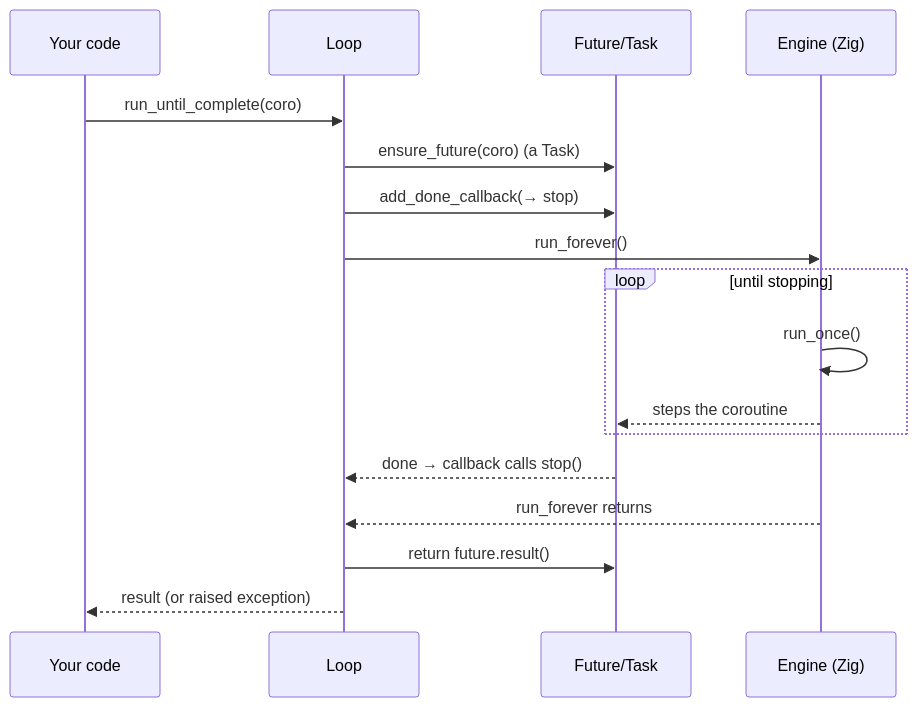
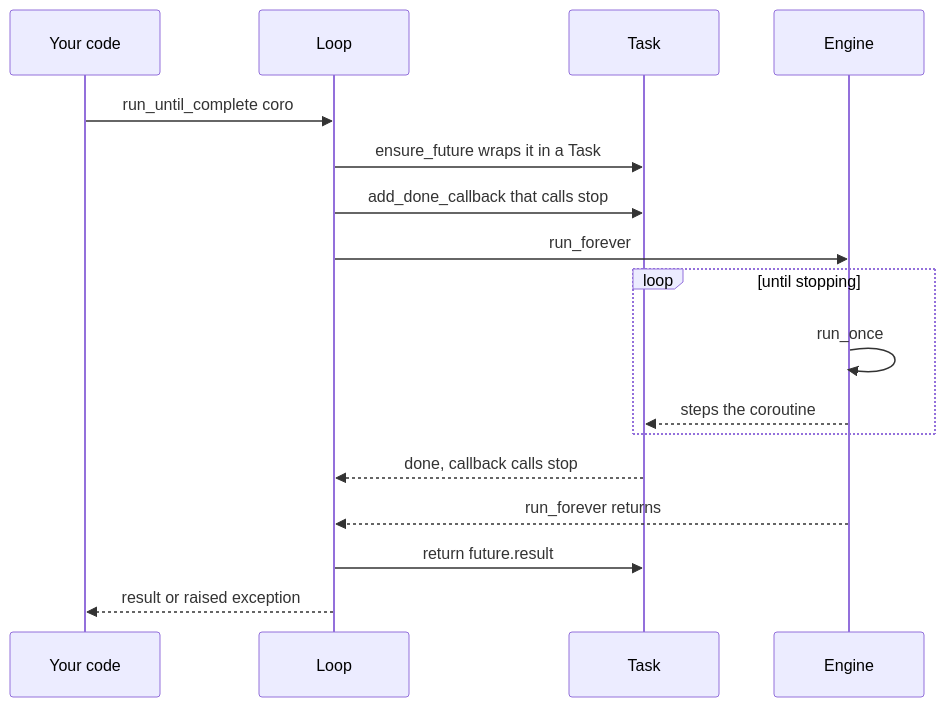
Before and after one commit to Kludex/zloop: the second of 2 diagrams in docs/architecture/lifecycle.md, drawn with Mermaid. The commit also changed other lines of this file and 15 other files, not shown here.

First line of the commit message:
Docs: fix mermaid rendering, drop hardcoded fills, em-dashes, update perf

````diff
--- a/docs/architecture/lifecycle.md
+++ b/docs/architecture/lifecycle.md
@@ -38,20 +38,20 @@
 ```mermaid
 sequenceDiagram
     participant U as Your code
     participant L as Loop
-    participant F as Future/Task
-    participant E as Engine (Zig)
+    participant F as Task
+    participant E as Engine
 
-    U->>L: run_until_complete(coro)
-    L->>F: ensure_future(coro)  (a Task)
-    L->>F: add_done_callback(→ stop)
-    L->>E: run_forever()
+    U->>L: run_until_complete coro
+    L->>F: ensure_future wraps it in a Task
+    L->>F: add_done_callback that calls stop
+    L->>E: run_forever
     loop until stopping
-        E->>E: run_once()
+        E->>E: run_once
         E-->>F: steps the coroutine
     end
-    F-->>L: done → callback calls stop()
+    F-->>L: done, callback calls stop
     E-->>L: run_forever returns
-    L->>F: return future.result()
-    L-->>U: result (or raised exception)
+    L->>F: return future.result
+    L-->>U: result or raised exception
 ```
````
